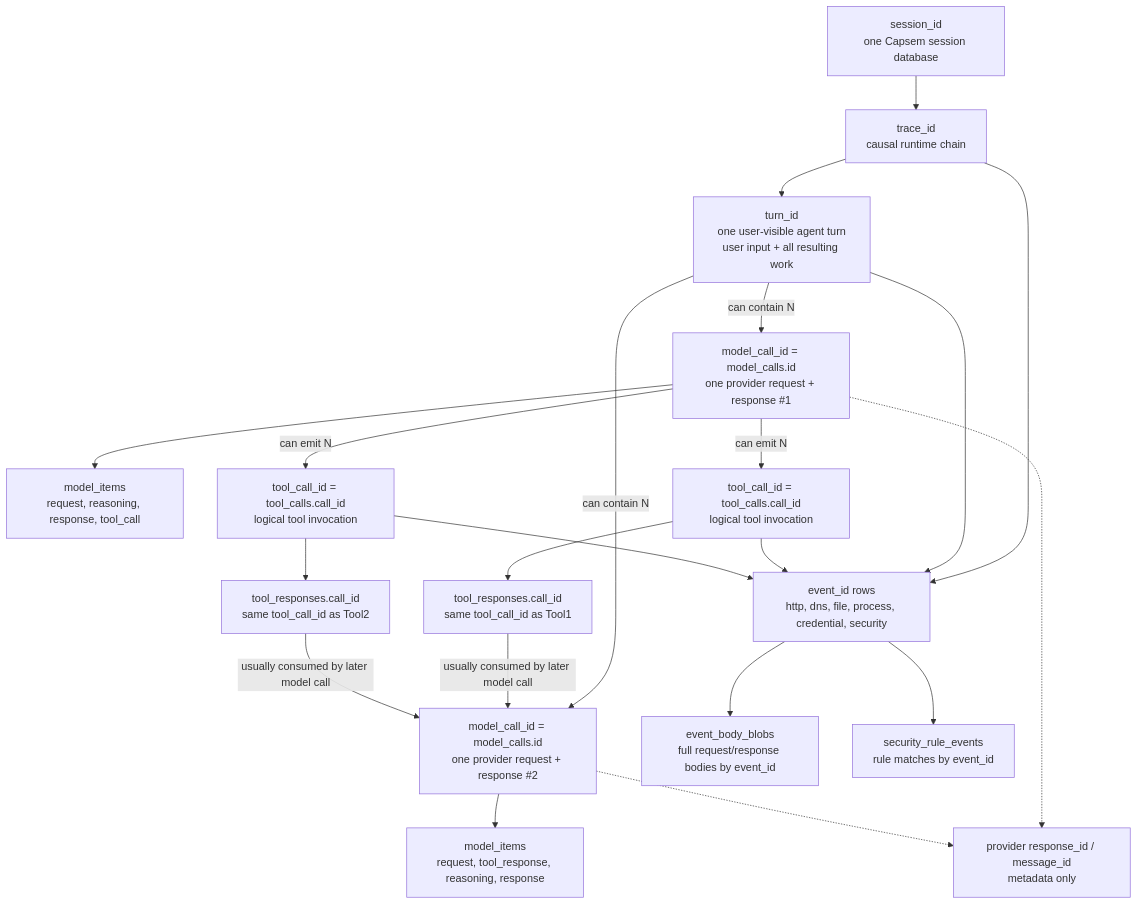
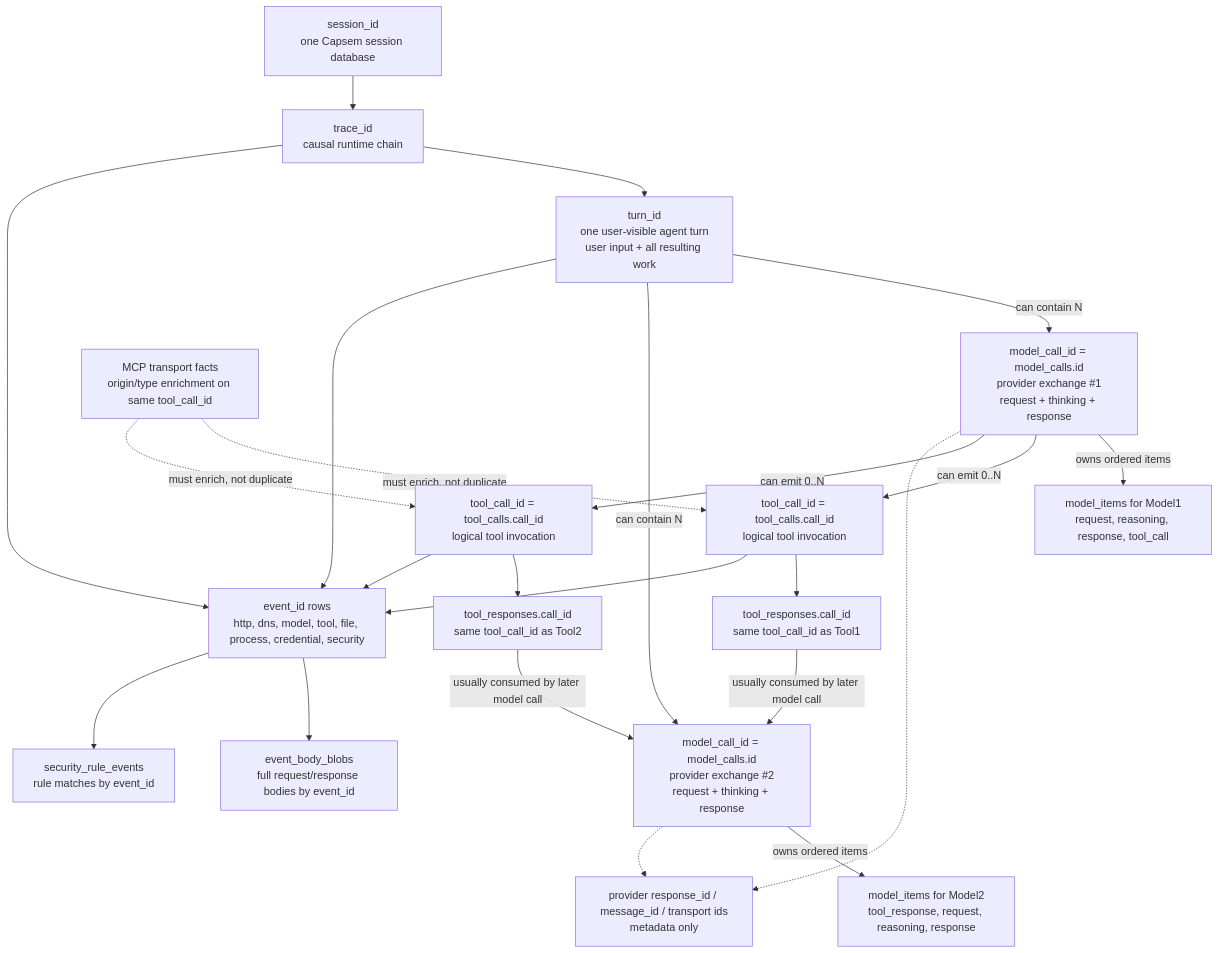
Before and after one commit to google/capsem: the second of 4 diagrams in docs/src/content/docs/architecture/session-telemetry.md, drawn with Mermaid. The commit also changed other lines of this file and 1 other file, not shown here.

Commit message:
docs: document model tool identity graph

````diff
--- a/docs/src/content/docs/architecture/session-telemetry.md
+++ b/docs/src/content/docs/architecture/session-telemetry.md
@@ -157,45 +157,48 @@
 ```mermaid
 flowchart TD
     Session["session_id<br/>one Capsem session database"]
     Trace["trace_id<br/>causal runtime chain"]
     Turn["turn_id<br/>one user-visible agent turn<br/>user input + all resulting work"]
 
-    Model1["model_call_id = model_calls.id<br/>one provider request + response #1"]
-    Model2["model_call_id = model_calls.id<br/>one provider request + response #2"]
-    ModelItems1["model_items<br/>request, reasoning, response, tool_call"]
-    ModelItems2["model_items<br/>request, tool_response, reasoning, response"]
+    Model1["model_call_id = model_calls.id<br/>provider exchange #1<br/>request + thinking + response"]
+    Model2["model_call_id = model_calls.id<br/>provider exchange #2<br/>request + thinking + response"]
+    ModelItems1["model_items for Model1<br/>request, reasoning, response, tool_call"]
+    ModelItems2["model_items for Model2<br/>tool_response, request, reasoning, response"]
 
     Tool1["tool_call_id = tool_calls.call_id<br/>logical tool invocation"]
     Tool2["tool_call_id = tool_calls.call_id<br/>logical tool invocation"]
     ToolResponse1["tool_responses.call_id<br/>same tool_call_id as Tool1"]
     ToolResponse2["tool_responses.call_id<br/>same tool_call_id as Tool2"]
+    McpFacts["MCP transport facts<br/>origin/type enrichment on same tool_call_id"]
 
-    EventRows["event_id rows<br/>http, dns, file, process, credential, security"]
+    EventRows["event_id rows<br/>http, dns, model, tool, file, process, credential, security"]
     BodyBlobs["event_body_blobs<br/>full request/response bodies by event_id"]
     SecurityRows["security_rule_events<br/>rule matches by event_id"]
-    ProviderIds["provider response_id / message_id<br/>metadata only"]
+    ProviderIds["provider response_id / message_id / transport ids<br/>metadata only"]
 
     Session --> Trace
     Trace --> Turn
     Turn -->|"can contain N"| Model1
     Turn -->|"can contain N"| Model2
 
-    Model1 --> ModelItems1
-    Model2 --> ModelItems2
-    Model1 -->|"can emit N"| Tool1
-    Model1 -->|"can emit N"| Tool2
+    Model1 -->|"owns ordered items"| ModelItems1
+    Model2 -->|"owns ordered items"| ModelItems2
+    Model1 -->|"can emit 0..N"| Tool1
+    Model1 -->|"can emit 0..N"| Tool2
 
     Tool1 --> ToolResponse1
     Tool2 --> ToolResponse2
+    McpFacts -.->|"must enrich, not duplicate"| Tool1
+    McpFacts -.->|"must enrich, not duplicate"| Tool2
     ToolResponse1 -->|"usually consumed by later model call"| Model2
     ToolResponse2 -->|"usually consumed by later model call"| Model2
 
     Trace --> EventRows
     Turn --> EventRows
     Tool1 --> EventRows
     Tool2 --> EventRows
     EventRows --> BodyBlobs
     EventRows --> SecurityRows
     Model1 -.-> ProviderIds
     Model2 -.-> ProviderIds
 ```
````
